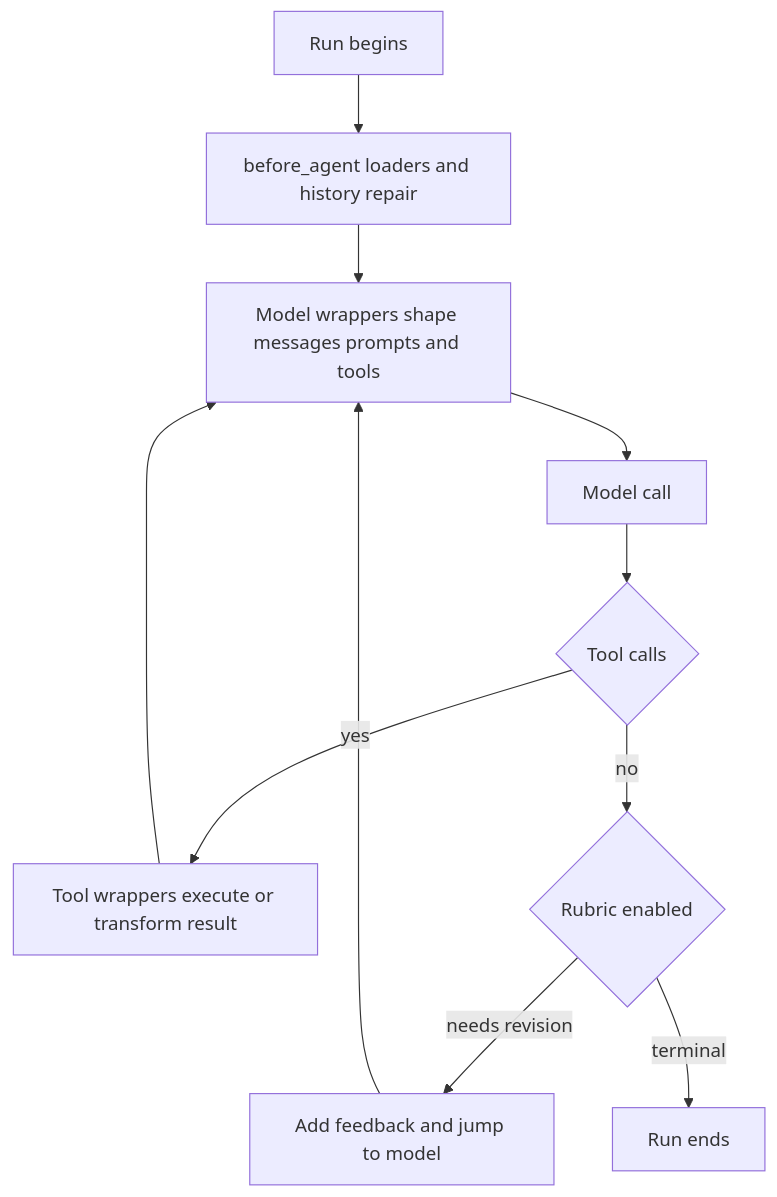
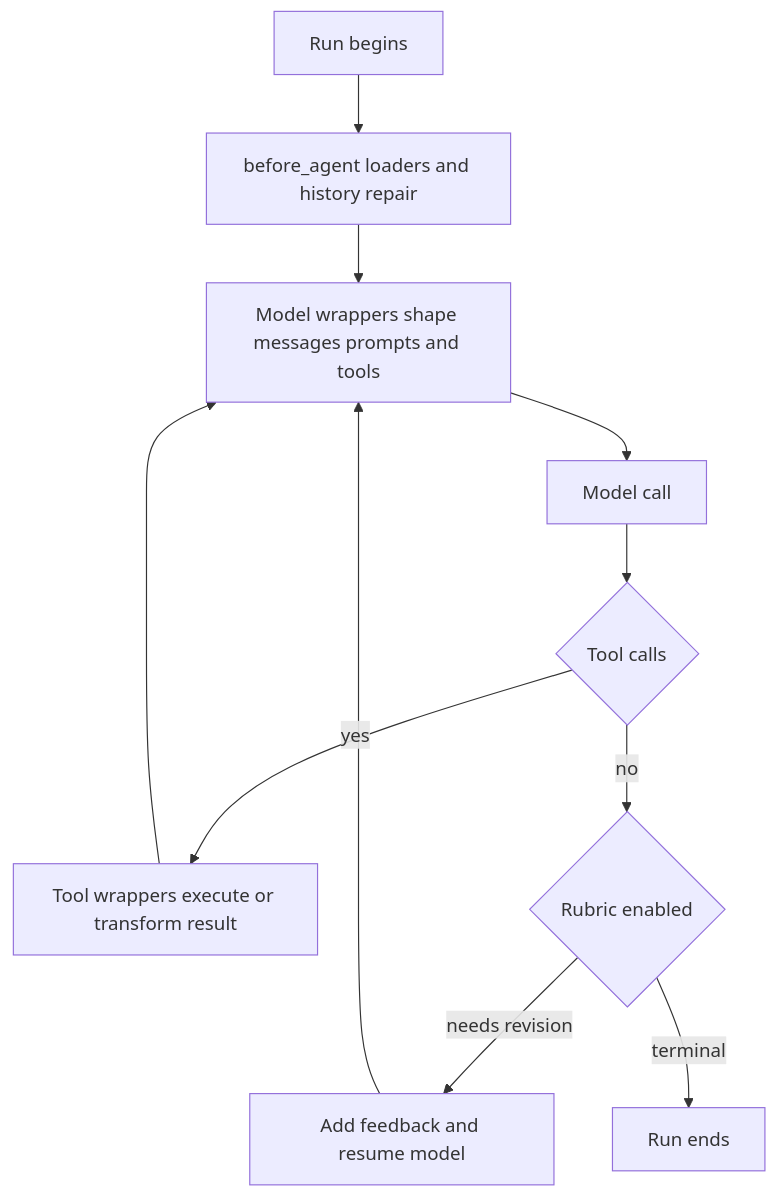
One commit to langchain-ai/deepagents changed the diagram in openwiki/concepts/middleware-catalog.md. Above: the diagram before and after it, drawn with Mermaid. The commit also changed other lines of this file and 43 other files, not shown here.

````diff
--- a/openwiki/concepts/middleware-catalog.md
+++ b/openwiki/concepts/middleware-catalog.md
@@ -75,13 +63,13 @@
 ```mermaid
 flowchart TD
     Begin["Run begins"] --> Before["before_agent loaders and history repair"]
     Before --> Request["Model wrappers shape messages prompts and tools"]
     Request --> Model["Model call"]
     Model --> Calls{"Tool calls"}
     Calls -->|"yes"| Tool["Tool wrappers execute or transform result"]
     Tool --> Request
     Calls -->|"no"| Review{"Rubric enabled"}
-    Review -->|"needs revision"| Feedback["Add feedback and jump to model"]
+    Review -->|"needs revision"| Feedback["Add feedback and resume model"]
     Feedback --> Request
     Review -->|"terminal"| Done["Run ends"]
 ```
````
